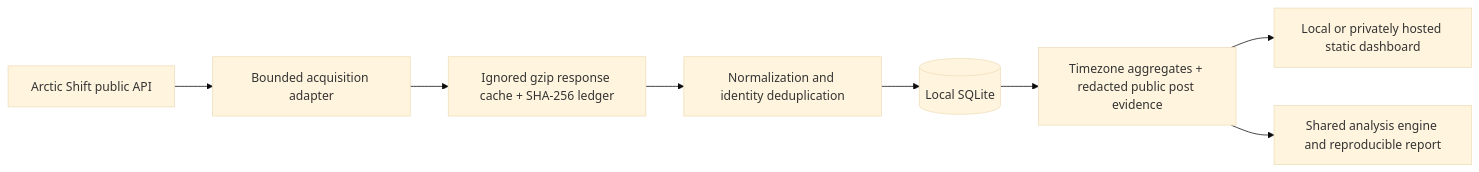
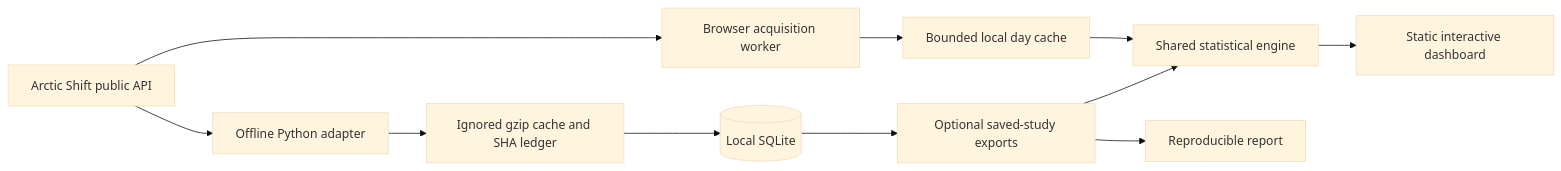
The diagram in README.md (aaditya-v-more/reddit-activity-lab), drawn with Mermaid (base theme) before and after one commit. The commit also changed other lines of this file and 17 other files, not shown here.

Commit message:
Support arbitrary subreddits with bounded browser acquisition on Vercel

````diff
--- a/README.md
+++ b/README.md
@@ -71,10 +45,13 @@
 ```mermaid
 flowchart LR
-  API[Arctic Shift public API] --> A[Bounded acquisition adapter]
-  A --> R[Ignored gzip response cache + SHA-256 ledger]
-  R --> N[Normalization and identity deduplication]
-  N --> DB[(Local SQLite)]
-  DB --> E[Timezone aggregates + redacted public post evidence]
-  E --> SITE[Local or privately hosted static dashboard]
-  E --> REPORT[Shared analysis engine and reproducible report]
+  API[Arctic Shift public API] --> W[Browser acquisition worker]
+  W --> C[Bounded local day cache]
+  C --> JS[Shared statistical engine]
+  JS --> UI[Static interactive dashboard]
+  API --> P[Offline Python adapter]
+  P --> RAW[Ignored gzip cache and SHA ledger]
+  RAW --> DB[(Local SQLite)]
+  DB --> E[Optional saved-study exports]
+  E --> JS
+  E --> R[Reproducible report]
 ```
````
